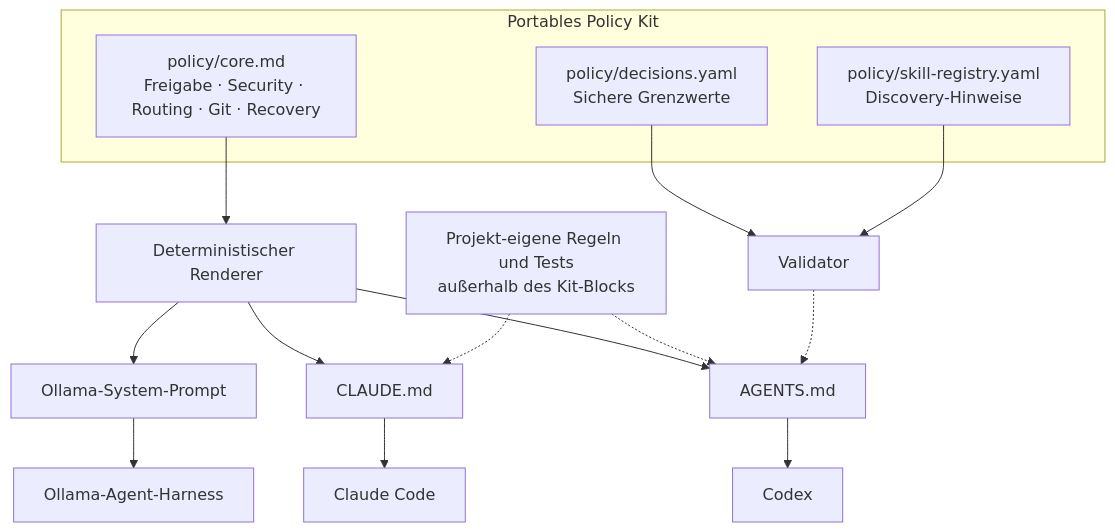
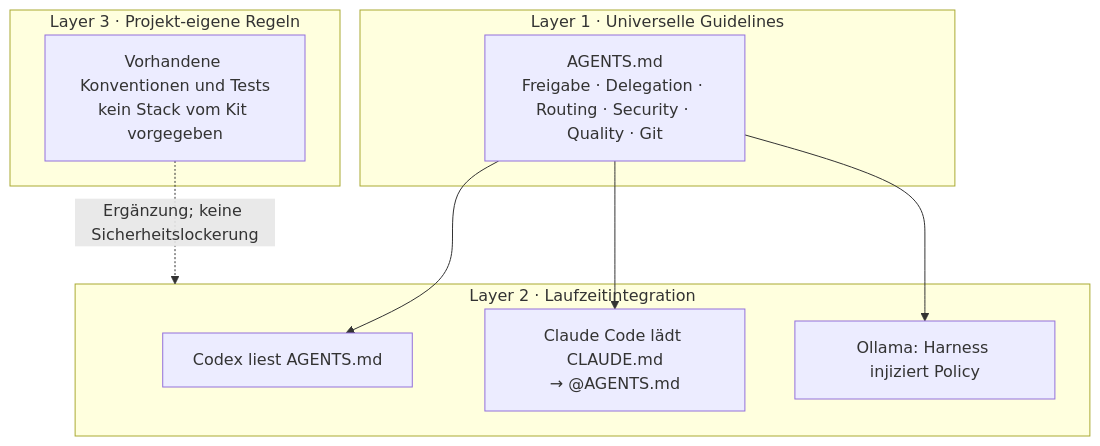
Before and after one commit to pancoda-software/portable-agentic-policy-kit: the first of 2 diagrams in docs/01-architektur.md, drawn with Mermaid. The commit also changed other lines of this file and 35 other files, not shown here.

First line of the commit message:
refactor(policy)!: simplify to markdown-only guidelines v2.0.0

````diff
--- a/docs/01-architektur.md
+++ b/docs/01-architektur.md
@@ -7,20 +7,18 @@
 ```mermaid
 flowchart TB
-    subgraph KIT["Portables Policy Kit"]
-       CORE["policy/core.md\nFreigabe · Security · Routing · Git · Recovery"]
-       DEC["policy/decisions.yaml\nSichere Grenzwerte"]
-       REG["policy/skill-registry.yaml\nDiscovery-Hinweise"]
+    subgraph L1["Layer 1 · Universelle Guidelines"]
+      P["AGENTS.md\nFreigabe · Delegation · Routing · Security · Quality · Git"]
     end
-    CORE --> RENDER["Deterministischer Renderer"]
-    DEC --> VALID["Validator"]
-    REG --> VALID
-    RENDER --> A["AGENTS.md"]
-    RENDER --> C["CLAUDE.md"]
-    RENDER --> O["Ollama-System-Prompt"]
-    A --> CODEX["Codex"]
-    C --> CLAUDE["Claude Code"]
-    O --> HARNESS["Ollama-Agent-Harness"]
-    PROJECT["Projekt-eigene Regeln und Tests\naußerhalb des Kit-Blocks"] -.-> A
-    PROJECT -.-> C
-    VALID -.-> A
+    subgraph L2["Layer 2 · Laufzeitintegration"]
+      C["Codex liest AGENTS.md"]
+      CC["Claude Code lädt CLAUDE.md\n→ @AGENTS.md"]
+      H["Ollama: Harness injiziert Policy"]
+    end
+    subgraph L3["Layer 3 · Projekt-eigene Regeln"]
+      PR["Vorhandene Konventionen und Tests\nkein Stack vom Kit vorgegeben"]
+    end
+    P --> C
+    P --> CC
+    P --> H
+    PR -. "Ergänzung; keine Sicherheitslockerung" .-> L2
 ```
````
